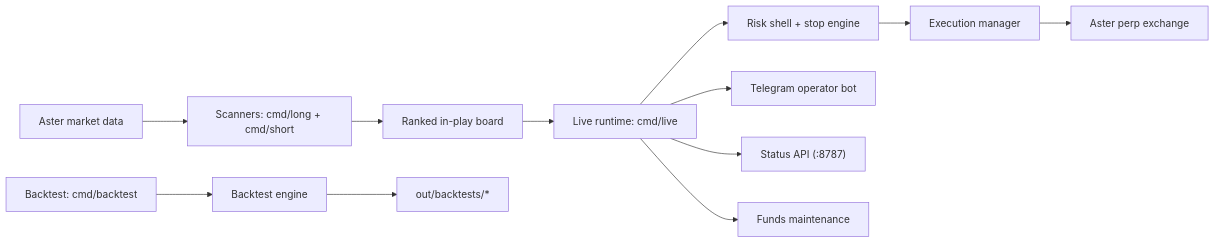
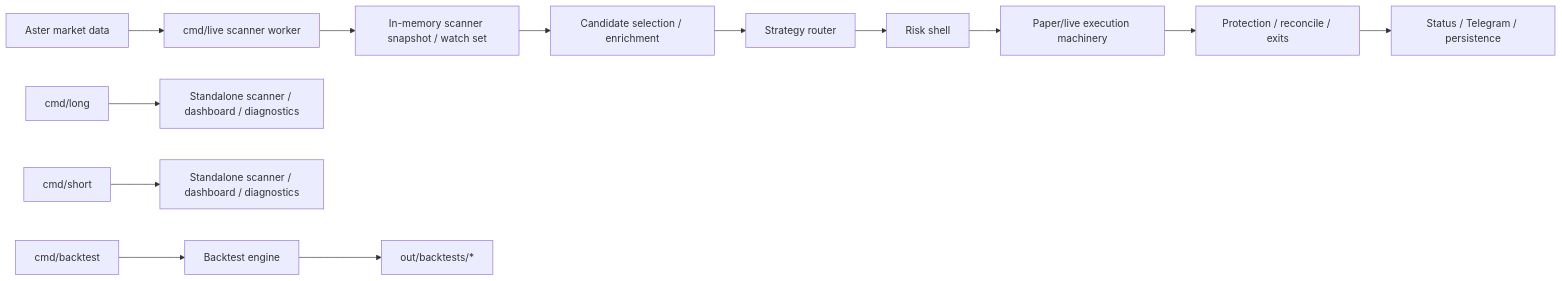
Before and after one commit to SpaceCadetOG/ASTER: the diagram in docs/gitbook/architecture/overview.md, drawn with Mermaid. The commit also changed other lines of this file and 17 other files, not shown here.

Commit message:
Finalize paper/live runtime cleanup and scanner UTC context

````diff
--- a/docs/gitbook/architecture/overview.md
+++ b/docs/gitbook/architecture/overview.md
@@ -5,14 +5,15 @@
 ```mermaid
 flowchart LR
-  A["Aster market data"] --> B["Scanners: cmd/long + cmd/short"]
-  B --> C["Ranked in-play board"]
-  C --> D["Live runtime: cmd/live"]
-  D --> E["Risk shell + stop engine"]
-  E --> F["Execution manager"]
-  F --> G["Aster perp exchange"]
-  D --> H["Telegram operator bot"]
-  D --> I["Status API (:8787)"]
-  D --> J["Funds maintenance"]
-  K["Backtest: cmd/backtest"] --> L["Backtest engine"]
-  L --> M["out/backtests/*"]
+  A["Aster market data"] --> B["cmd/live scanner worker"]
+  B --> C["In-memory scanner snapshot / watch set"]
+  C --> D["Candidate selection / enrichment"]
+  D --> E["Strategy router"]
+  E --> F["Risk shell"]
+  F --> G["Paper/live execution machinery"]
+  G --> H["Protection / reconcile / exits"]
+  H --> I["Status / Telegram / persistence"]
+  J["cmd/long"] --> K["Standalone scanner / dashboard / diagnostics"]
+  L["cmd/short"] --> M["Standalone scanner / dashboard / diagnostics"]
+  N["cmd/backtest"] --> O["Backtest engine"]
+  O --> P["out/backtests/*"]
 ```
````
